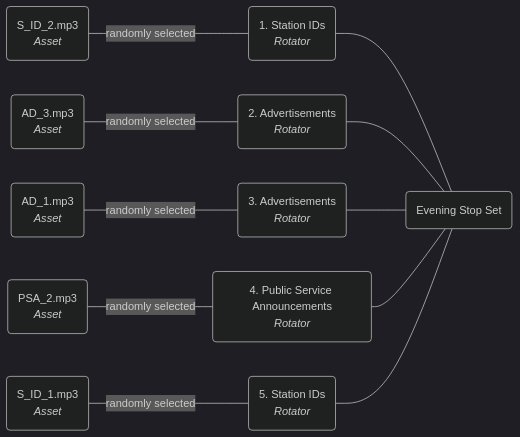
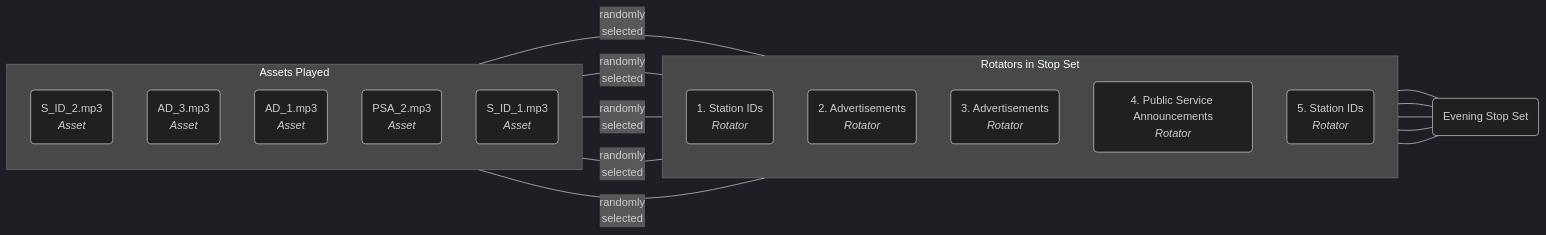
One commit to dtcooper/tomato changed the third of 4 diagrams in docs/concepts.md. Above: the diagram before and after it, drawn with Mermaid (dark theme). The commit also changed other lines of this file and 2 other files, not shown here.

````diff
--- a/docs/concepts.md
+++ b/docs/concepts.md
@@ -112,24 +98,30 @@
     ```mermaid
     flowchart LR
+        subgraph "Rotators in Stop Set"
+            direction TB
+            rotator1(1. Station IDs\n<em>Rotator</em>)
+            rotator2(2. Advertisements\n<em>Rotator</em>)
+            rotator3(3. Advertisements\n<em>Rotator</em>)
+            rotator4(4. Public Service Announcements\n<em>Rotator</em>)
+            rotator5(5. Station IDs\n<em>Rotator</em>)
+        end
         stopset(Evening Stop Set)
-        rotator1(1. Station IDs\n<em>Rotator</em>)
-        rotator2(2. Advertisements\n<em>Rotator</em>)
-        rotator3(3. Advertisements\n<em>Rotator</em>)
-        rotator4(4. Public Service Announcements\n<em>Rotator</em>)
-        rotator5(5. Station IDs\n<em>Rotator</em>)
-        asset1(S_ID_2.mp3\n<em>Asset</em>)
-        asset2(AD_3.mp3\n<em>Asset</em>)
-        asset3(AD_1.mp3\n<em>Asset</em>)
-        asset4(PSA_2.mp3\n<em>Asset</em>)
-        asset5(S_ID_1.mp3\n<em>Asset</em>)
+        subgraph "Assets Played"
+            direction TB
+            asset1(S_ID_2.mp3\n<em>Asset</em>)
+            asset2(AD_3.mp3\n<em>Asset</em>)
+            asset3(AD_1.mp3\n<em>Asset</em>)
+            asset4(PSA_2.mp3\n<em>Asset</em>)
+            asset5(S_ID_1.mp3\n<em>Asset</em>)
+        end
         rotator1 --- stopset
         rotator2 --- stopset
         rotator3 --- stopset
         rotator4 --- stopset
         rotator5 --- stopset
-        asset1 -- randomly selected --- rotator1
-        asset2 -- randomly selected --- rotator2
-        asset3 -- randomly selected --- rotator3
-        asset4 -- randomly selected --- rotator4
-        asset5 -- randomly selected --- rotator5
+        asset1 -- randomly\nselected --- rotator1
+        asset2 -- randomly\nselected --- rotator2
+        asset3 -- randomly\nselected --- rotator3
+        asset4 -- randomly\nselected --- rotator4
+        asset5 -- randomly\nselected --- rotator5
     ```
````
